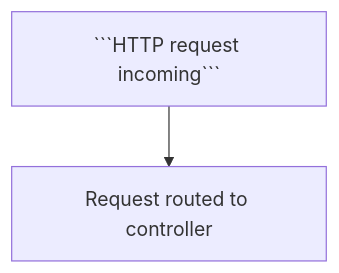
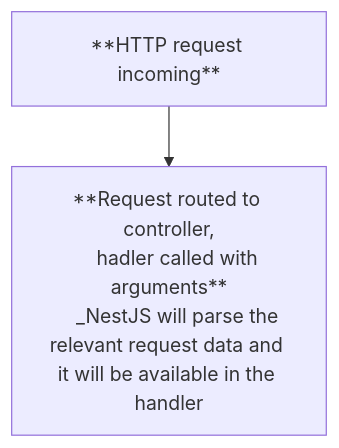
Before and after one commit to albin-joseph/myjslearnings: the diagram in nestjs/NestJs.MD, drawn with Mermaid.

Commit message:
add flowdiagram

````diff
--- a/nestjs/NestJs.MD
+++ b/nestjs/NestJs.MD
@@ -122,6 +122,9 @@
   ```mermaid
     flowchart TD;
-        step1[" ```HTTP request incoming``` "]
-        step2["Request routed to controller"]
+        step1[" **HTTP request incoming** "]
+        step2["**Request routed to controller,
+        hadler called with arguments**
+        _NestJS will parse the relevant request data and it will be available in the handler
+        "]
         step1 --> step2
     ```
````
